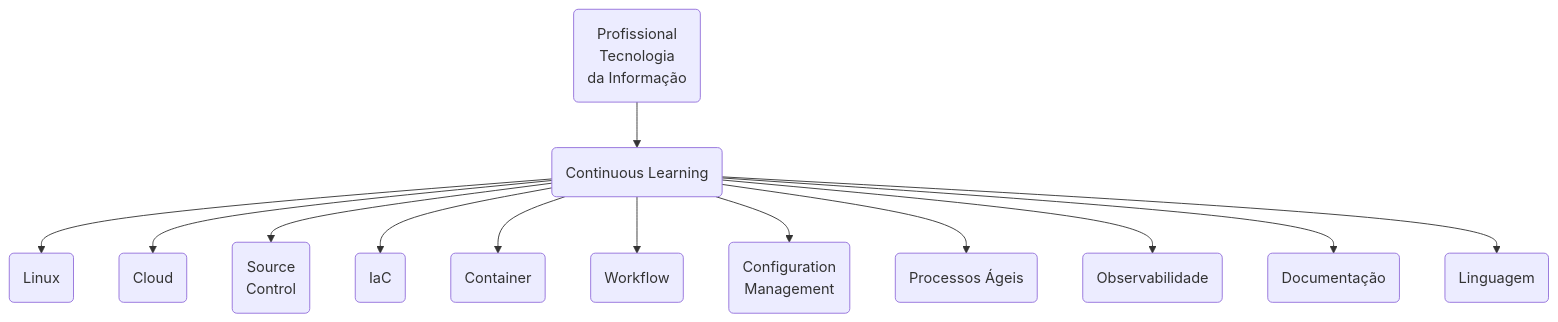
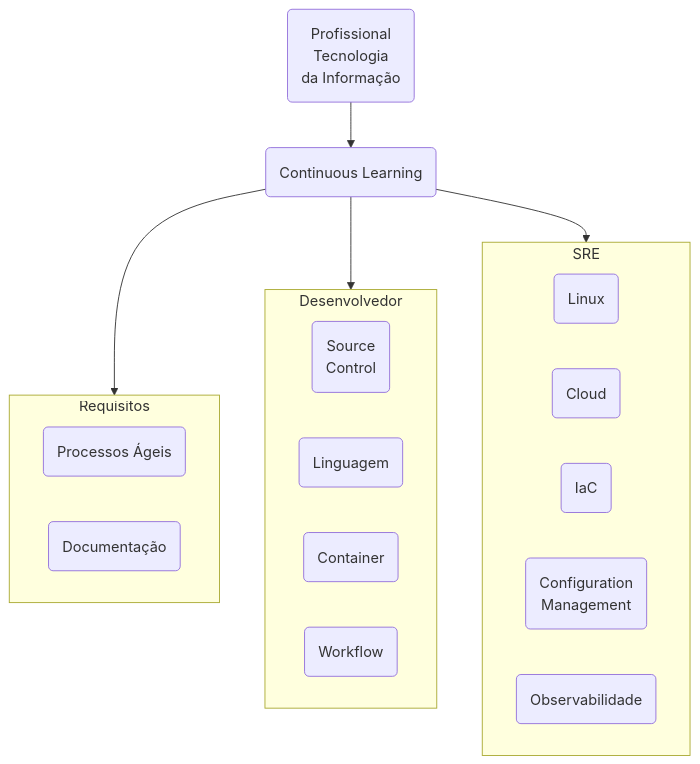
Before and after one commit to 60pportunities/documentacao: the second of 17 diagrams in docs/recipe_60pportunities_felicidade_003.md, drawn with Mermaid. The commit also changed other lines of this file and 2 other files, not shown here.

````diff
--- a/docs/recipe_60pportunities_felicidade_003.md
+++ b/docs/recipe_60pportunities_felicidade_003.md
@@ -16,15 +17,25 @@
 ```mermaid
 flowchart TD
   id1(Profissional</br>Tecnologia</br>da Informação) --> id2(Continuous Learning)
-  id2           --> id3(Linux)
-  id2           --> id4(Cloud)
-  id2           --> id5(Source</br>Control)
-  id2           --> id6(IaC)
-  id2           --> id7(Container)
-  id2           --> id8(Workflow)
-  id2           --> id9(Configuration</br>Management)
-  id2           --> id10(Processos Ágeis)
-  id2           --> id11(Observabilidade)
-  id2           --> id12(Documentação)
-  id2           --> id13(Linguagem)
+  subgraph Requisitos
+    direction LR
+    id10(Processos Ágeis)
+    id12(Documentação)
+  end
+  subgraph Desenvolvedor
+   direction LR
+   id5(Source</br>Control)
+   id13(Linguagem)
+   id7(Container)
+   id8(Workflow)
+  end
+  subgraph SRE
+    direction LR
+    id3(Linux)
+    id4(Cloud)
+    id6(IaC)
+    id9(Configuration</br>Management)
+    id11(Observabilidade)
+  end
+  id2 --> Requisitos & Desenvolvedor & SRE
 ```
````
